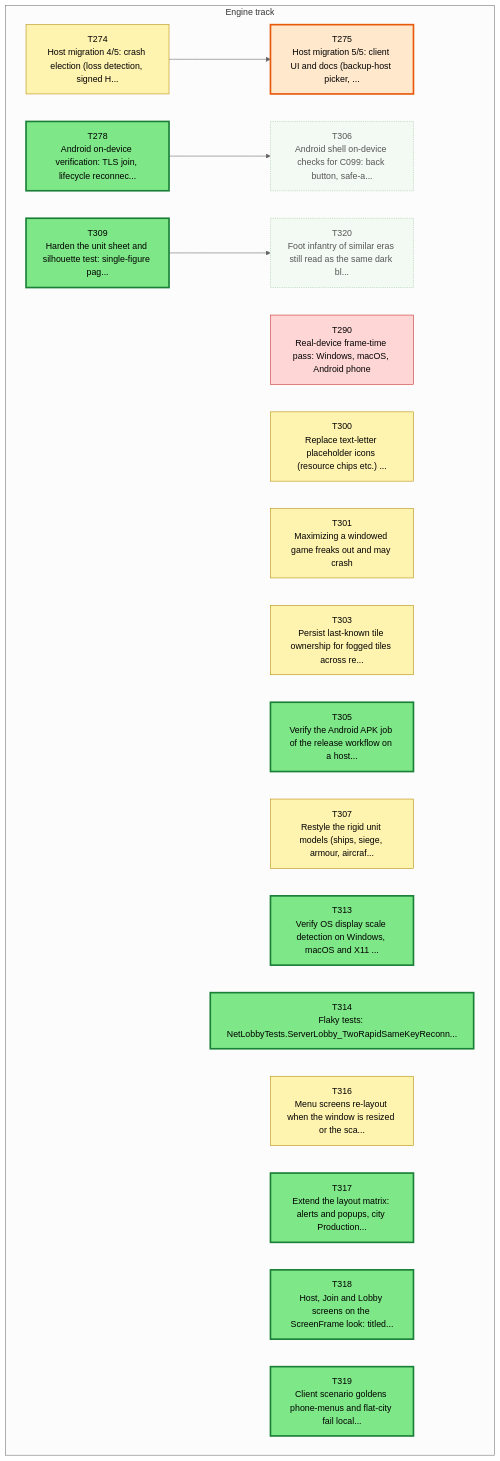
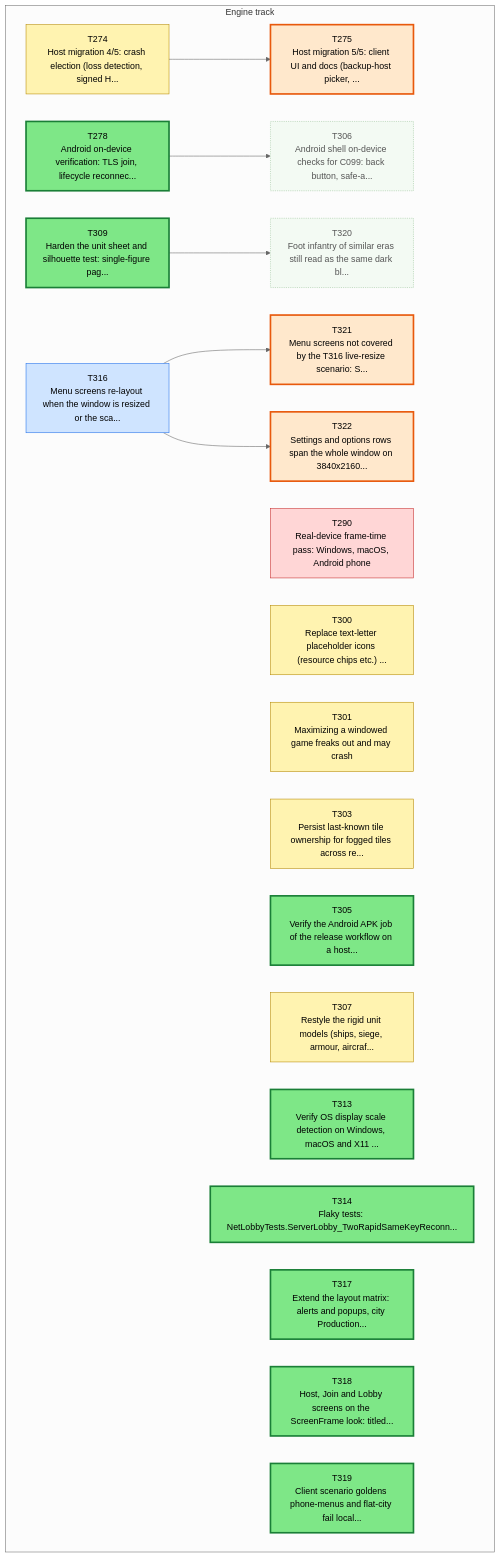
Before and after one commit to Kenmura/Unciv: the first of 3 diagrams in csharp/migration/DEPENDENCY_MAP.md, drawn with Mermaid (neutral theme). The commit also changed other lines of this file and 3 other files, not shown here.

````diff
--- a/csharp/migration/DEPENDENCY_MAP.md
+++ b/csharp/migration/DEPENDENCY_MAP.md
@@ -35,51 +35,57 @@
 ```mermaid
 flowchart TD
   subgraph TTRACK["Engine track"]
     T274["T274<br/>Host migration 4/5: crash election (loss detection, signed H..."]
     T275["T275<br/>Host migration 5/5: client UI and docs (backup-host picker, ..."]
     T278["T278<br/>Android on-device verification: TLS join, lifecycle reconnec..."]
     T290["T290<br/>Real-device frame-time pass: Windows, macOS, Android phone"]
     T300["T300<br/>Replace text-letter placeholder icons (resource chips etc.) ..."]
     T301["T301<br/>Maximizing a windowed game freaks out and may crash"]
     T303["T303<br/>Persist last-known tile ownership for fogged tiles across re..."]
     T305["T305<br/>Verify the Android APK job of the release workflow on a host..."]
     T306["T306<br/>Android shell on-device checks for C099: back button, safe-a..."]
     T307["T307<br/>Restyle the rigid unit models (ships, siege, armour, aircraf..."]
     T309["T309<br/>Harden the unit sheet and silhouette test: single-figure pag..."]
     T313["T313<br/>Verify OS display scale detection on Windows, macOS and X11 ..."]
     T314["T314<br/>Flaky tests: NetLobbyTests.ServerLobby_TwoRapidSameKeyReconn..."]
     T316["T316<br/>Menu screens re-layout when the window is resized or the sca..."]
     T317["T317<br/>Extend the layout matrix: alerts and popups, city Production..."]
     T318["T318<br/>Host, Join and Lobby screens on the ScreenFrame look: titled..."]
     T319["T319<br/>Client scenario goldens phone-menus and flat-city fail local..."]
     T320["T320<br/>Foot infantry of similar eras still read as the same dark bl..."]
+    T321["T321<br/>Menu screens not covered by the T316 live-resize scenario: S..."]
+    T322["T322<br/>Settings and options rows span the whole window on 3840x2160..."]
   end
   T274 --> T275
   T278 --> T306
   T309 --> T320
+  T316 --> T321
+  T316 --> T322
   classDef waiting fill:#f3faf3,stroke:#9bc49b,color:#555,stroke-dasharray:2 2
   classDef ondeck fill:#ffe8cc,stroke:#e8590c,stroke-width:3px,color:#000
   classDef ready fill:#7ee787,stroke:#1a7f37,stroke-width:3px,color:#000
   classDef prog fill:#fff3b0,stroke:#b58900,color:#000
   classDef review fill:#cfe4ff,stroke:#1f6feb,color:#000
   classDef blocked fill:#ffd6d6,stroke:#c62828,color:#000
   classDef done fill:#eeeeee,stroke:#999999,color:#666,stroke-dasharray:4 3
   class T274 prog
   class T275 ondeck
   class T278 ready
   class T290 blocked
   class T300 prog
   class T301 prog
   class T303 prog
   class T305 ready
   class T306 waiting
   class T307 prog
   class T309 ready
   class T313 ready
   class T314 ready
-  class T316 prog
+  class T316 review
   class T317 ready
   class T318 ready
   class T319 ready
   class T320 waiting
+  class T321 ondeck
+  class T322 ondeck
 ```
````
